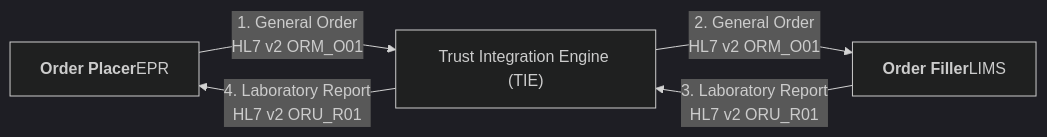
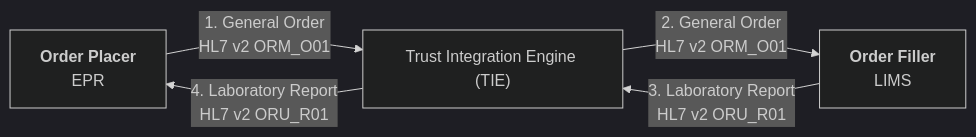
One commit to uk-gov-mirror/nw-gmsa.nw-gmsa.github.com changed the second of 8 diagrams in input/pagecontent/index.md. Above: the diagram before and after it, drawn with Mermaid (dark theme). The commit also changed other lines of this file, not shown here.

Commit message:
Added TIE to future diagrams

````diff
--- a/input/pagecontent/index.md
+++ b/input/pagecontent/index.md
@@ -34,8 +34,8 @@
 ```mermaid
 graph LR
 
-    OrderPlacer[<b>Order Placer</b>EPR] --> |1. General Order<br/>HL7 v2 ORM_O01| TIE["Trust Integration Engine (TIE)"]
+    OrderPlacer[<b>Order Placer</b><br/>EPR] --> |1. General Order<br/>HL7 v2 ORM_O01| TIE["Trust Integration Engine (TIE)"]
     TIE --> |2. General Order<br/>HL7 v2 ORM_O01| OrderFiller
-    OrderFiller[<b>Order Filler</b>LIMS] --> |3. Laboratory Report<br/>HL7 v2 ORU_R01| TIE
+    OrderFiller[<b>Order Filler</b><br/>LIMS] --> |3. Laboratory Report<br/>HL7 v2 ORU_R01| TIE
     TIE --> |4. Laboratory Report<br/>HL7 v2 ORU_R01| OrderPlacer  
 ```
````
